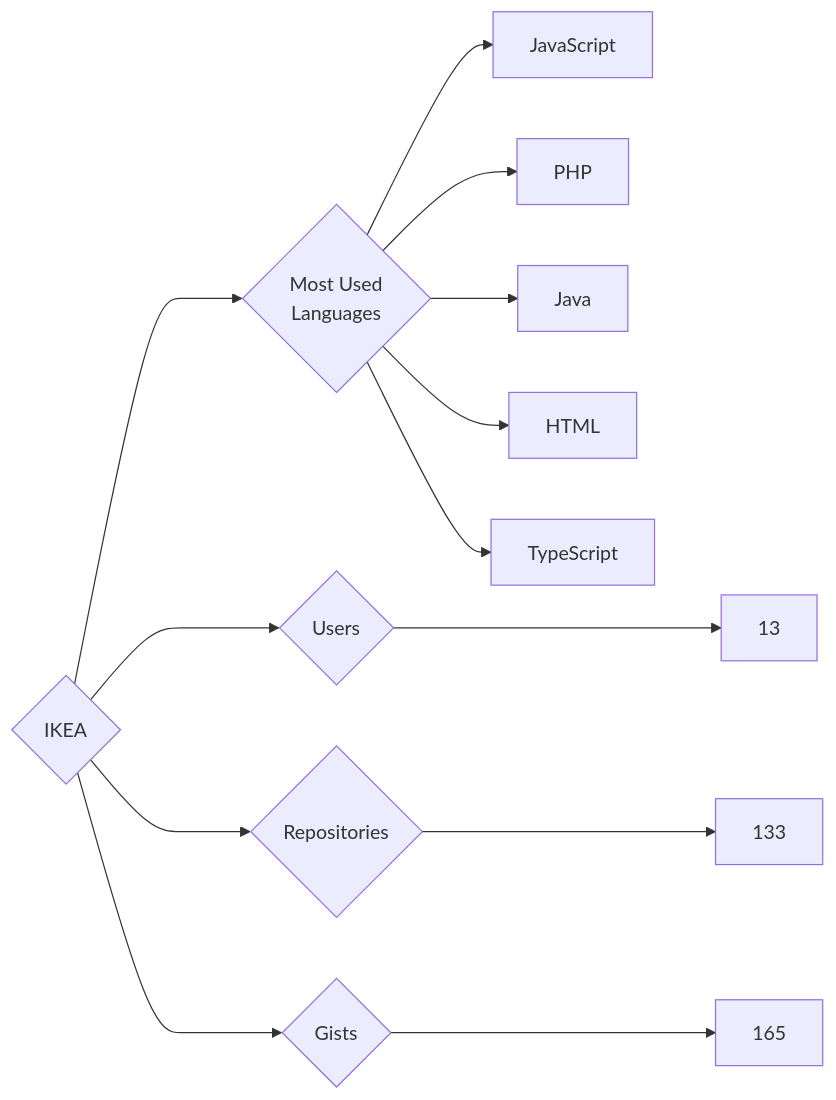
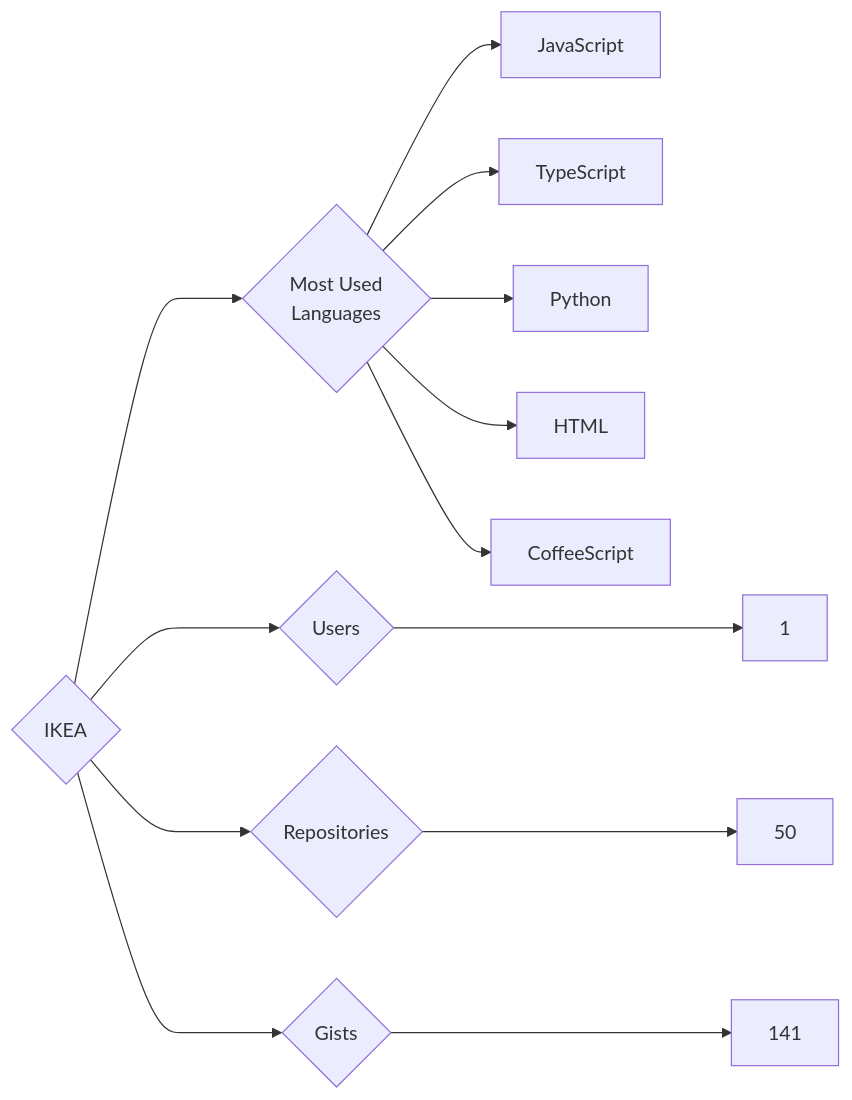
One commit to trickest/insiders changed the diagram in targets/IKEA/README.md. Above: the diagram before and after it, drawn with Mermaid. The commit also changed 861 other files, not shown here.

````diff
--- a/targets/IKEA/README.md
+++ b/targets/IKEA/README.md
@@ -3,13 +3,13 @@
 ```mermaid
 graph LR
 COMPANY_NAME{IKEA}
-COMPANY_NAME ---> U{Users} ---> UN[13]
-COMPANY_NAME ---> R{Repositories} ---> RN[133]
-COMPANY_NAME ---> G{Gists} ---> GN[165]
+COMPANY_NAME ---> U{Users} ---> UN[1]
+COMPANY_NAME ---> R{Repositories} ---> RN[50]
+COMPANY_NAME ---> G{Gists} ---> GN[141]
 COMPANY_NAME ---> ML{Most Used<br>Languages}
 ML --> JavaScript[JavaScript]
-ML --> PHP[PHP]
-ML --> Java[Java]
+ML --> TypeScript[TypeScript]
+ML --> Python[Python]
 ML --> HTML[HTML]
-ML --> TypeScript[TypeScript]
+ML --> CoffeeScript[CoffeeScript]
 ```
````
